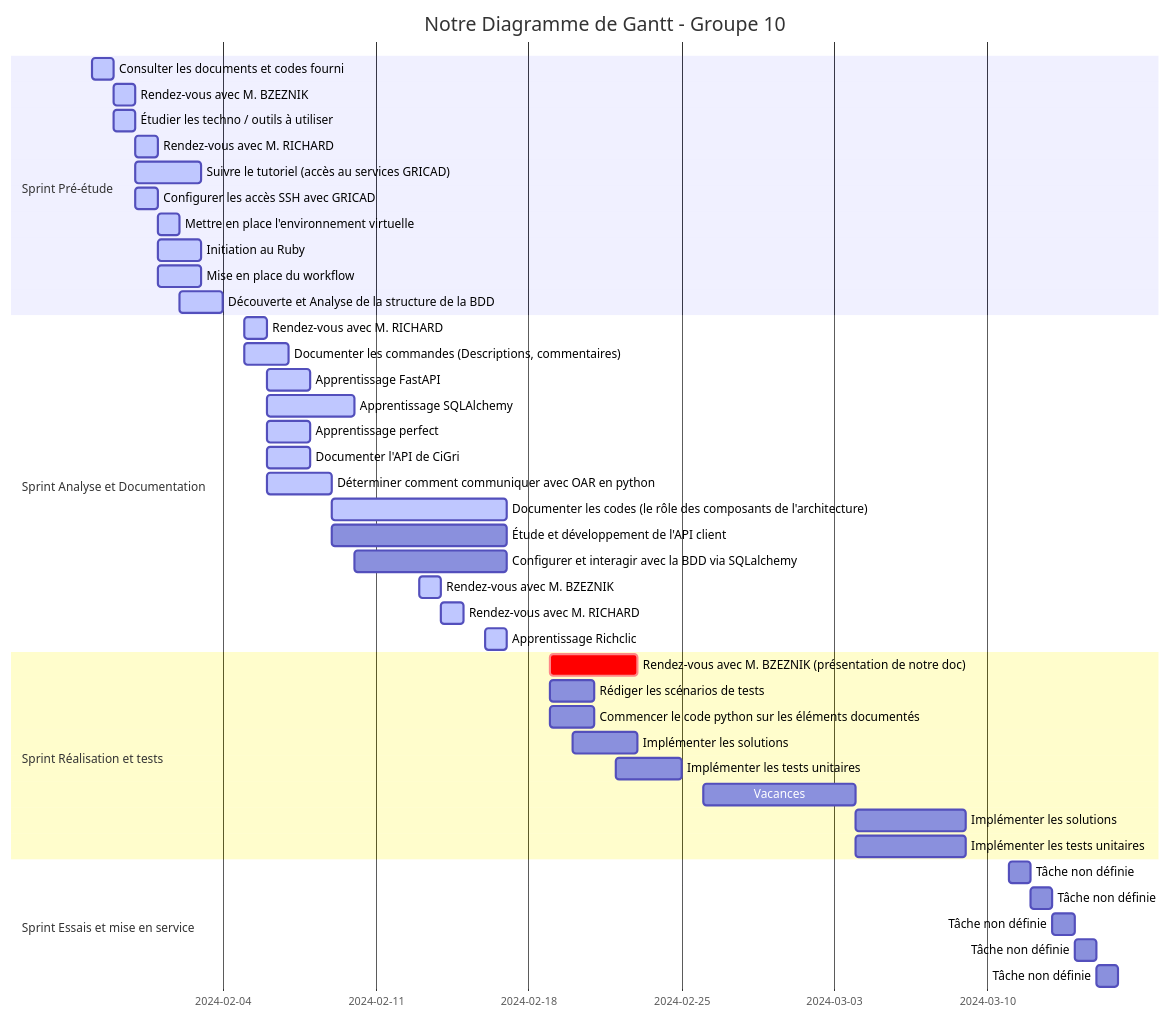
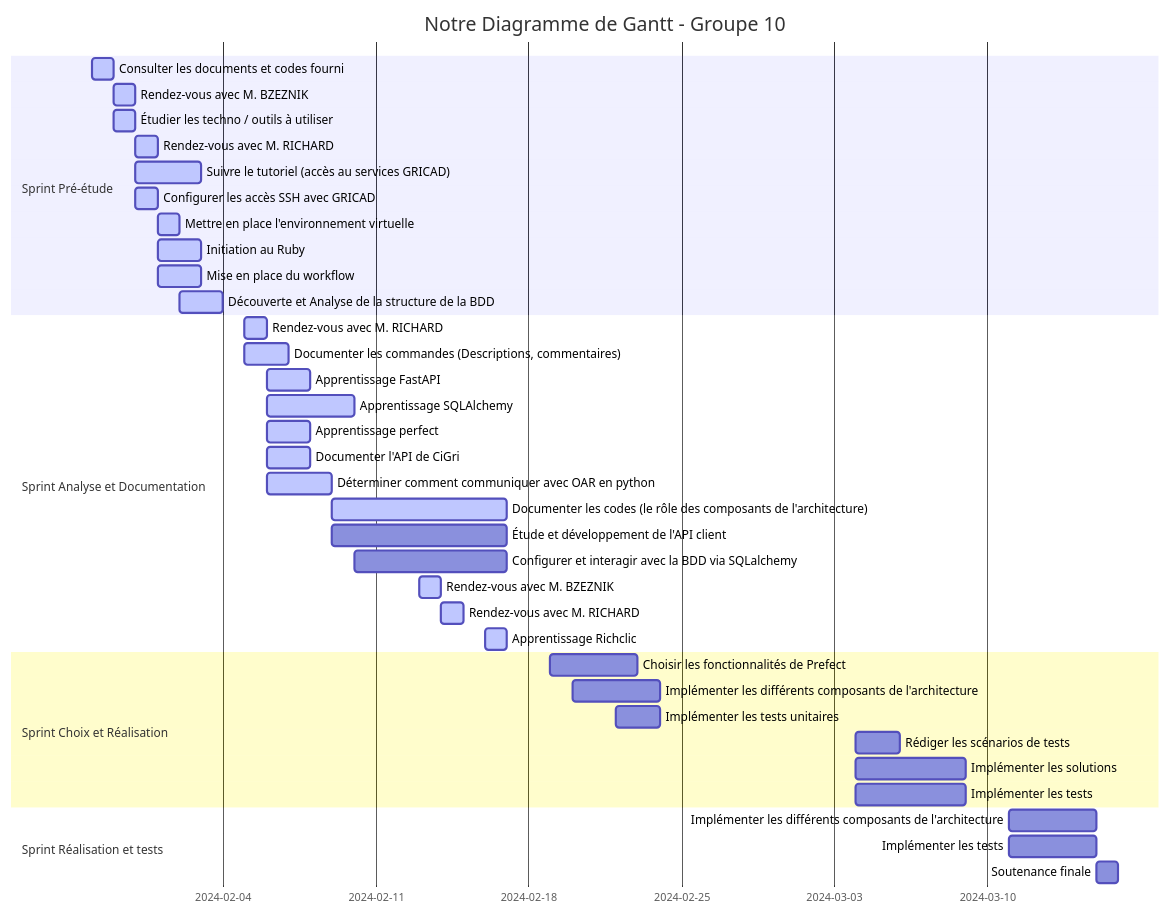
Before and after one commit to 2023-2024-PROJET-S10-G10/docs: the diagram in gantt_diagram.md, drawn with Mermaid. The commit also changed 6 other files, not shown here.

Commit message:
created doc_prefect + updated logbook, backlog, gantt and daily

````diff
--- a/gantt_diagram.md
+++ b/gantt_diagram.md
@@ -1,45 +1,41 @@
 ```mermaid
 gantt
     title Notre Diagramme de Gantt - Groupe 10
     dateFormat YYYY-MM-DD
     section Sprint Pré-étude
         Consulter les documents et codes fourni                         :active, 2024-01-29, 1d
         Rendez-vous avec M. BZEZNIK                                     :active, 2024-01-30, 1d
         Étudier les techno / outils à utiliser                          :active, 2024-01-30, 1d
         Rendez-vous avec M. RICHARD                                     :active, 2024-01-31, 1d
         Suivre le tutoriel (accès au services GRICAD)                   :active, 2024-01-31, 3d
         Configurer les accès SSH avec GRICAD                            :active, 2024-01-31, 1d
         Mettre en place l'environnement virtuelle                       :active, 2024-02-01, 1d
         Initiation au Ruby                                              :active, 2024-02-01, 2d
         Mise en place du workflow                                       :active, 2024-02-01, 2d
         Découverte et Analyse de la structure de la BDD                 :active, 2024-02-02, 2d
     section Sprint Analyse et Documentation
         Rendez-vous avec M. RICHARD                                     :active, 2024-02-05, 1d
         Documenter les commandes (Descriptions, commentaires)           :active, 2024-02-05, 2d
         Apprentissage FastAPI                                           :active, 2024-02-06, 2d
         Apprentissage SQLAlchemy                                        :active, 2024-02-06, 4d
         Apprentissage perfect                                           :active, 2024-02-06, 2d
         Documenter l'API de CiGri                                       :active, 2024-02-06, 2d
         Déterminer comment communiquer avec OAR en python               :active, 2024-02-06, 3d
         Documenter les codes (le rôle des composants de l'architecture) :active, 2024-02-09, 8d
         Étude et développement de l'API client                          : 2024-02-09, 8d
         Configurer et interagir avec la BDD via SQLalchemy              : 2024-02-10, 7d
         Rendez-vous avec M. BZEZNIK                                     :active, 2024-02-13, 1d
         Rendez-vous avec M. RICHARD                                     :active, 2024-02-14, 1d
         Apprentissage Richclic                                          :active, 2024-02-16, 1d
+    section Sprint Choix et Réalisation
+        Choisir les fonctionnalités de Prefect                          : 2024-02-19, 4d
+        Implémenter les différents composants de l'architecture         : 2024-02-20, 4d
+        Implémenter les tests unitaires                                 : 2024-02-22, 2d
+        Rédiger les scénarios de tests                                  : 2024-03-04, 2d
+        Implémenter les solutions                                       : 2024-03-04, 5d
+        Implémenter les tests                                           : 2024-03-04, 5d
     section Sprint Réalisation et tests
-        Rendez-vous avec M. BZEZNIK (présentation de notre doc)         :crit, 2024-02-19, 4d
-        Rédiger les scénarios de tests                                  : 2024-02-19, 2d
-        Commencer le code python sur les éléments documentés            : 2024-02-19, 2d
-        Implémenter les solutions                                       : 2024-02-20, 3d
-        Implémenter les tests unitaires                                 : 2024-02-22, 3d
-        Vacances                                                        : 2024-02-26, 7d
-        Implémenter les solutions                                       : 2024-03-04, 5d
-        Implémenter les tests unitaires                                 : 2024-03-04, 5d
-    section Sprint Essais et mise en service
-        Tâche non définie                        : 2024-03-11, 1d
-        Tâche non définie                        : 2024-03-12, 1d
-        Tâche non définie                        : 2024-03-13, 1d
-        Tâche non définie                        : 2024-03-14, 1d
-        Tâche non définie                        : 2024-03-15, 1d
+        Implémenter les différents composants de l'architecture         : 2024-03-11, 4d
+        Implémenter les tests                                           : 2024-03-11, 4d
+        Soutenance finale                                               : 2024-03-15, 1d
 ```
````
